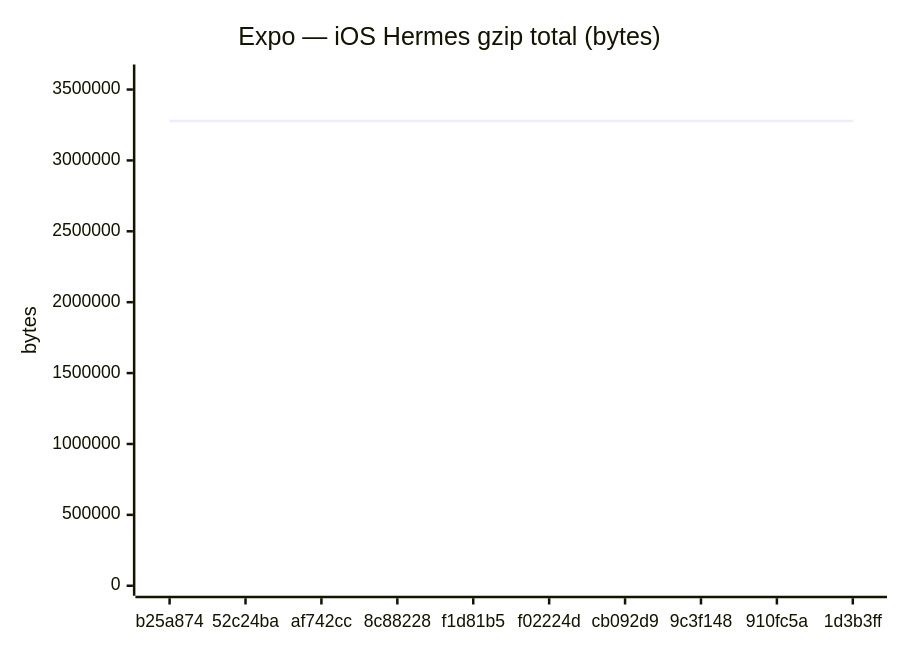
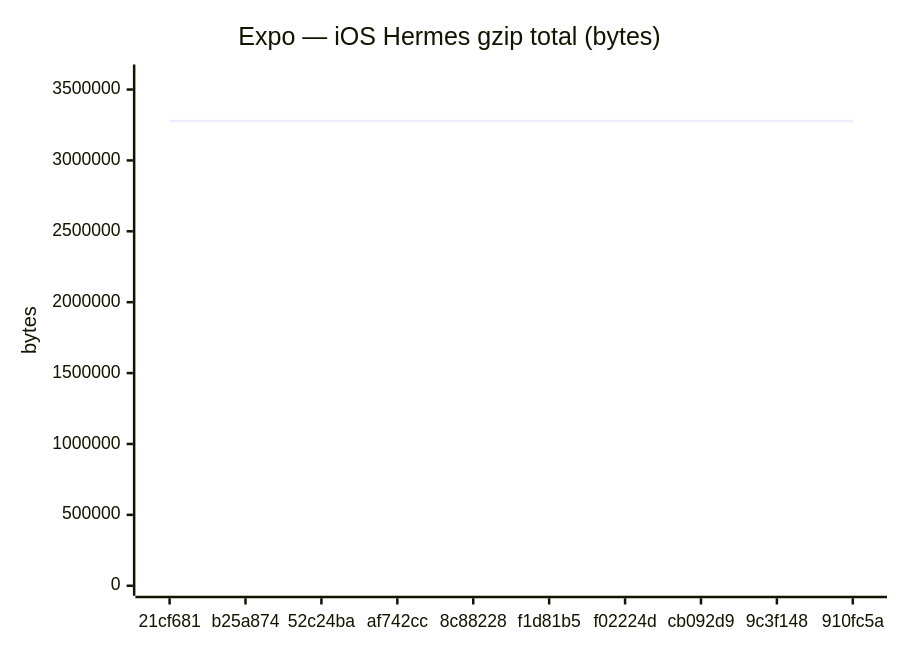
One commit to Metaheurist/Rianell changed the sixth of 18 diagrams in benchmarks/compare.md. Above: the diagram before and after it, drawn with Mermaid. The commit also changed other lines of this file and 11 other files, not shown here.

````diff
--- a/benchmarks/compare.md
+++ b/benchmarks/compare.md
@@ -96,7 +96,7 @@
 ```mermaid
 xychart-beta
     title "Expo — iOS Hermes gzip total (bytes)"
-    x-axis ["b25a874", "52c24ba", "af742cc", "8c88228", "f1d81b5", "f02224d", "cb092d9", "9c3f148", "910fc5a", "1d3b3ff"]
+    x-axis ["21cf681", "b25a874", "52c24ba", "af742cc", "8c88228", "f1d81b5", "f02224d", "cb092d9", "9c3f148", "910fc5a"]
     y-axis "bytes" 0 --> 3606021
-    line [3278199, 3278191, 3278197, 3277689, 3278200, 3278200, 3278198, 3278199, 3277688, 3278198]
+    line [3278198, 3278199, 3278191, 3278197, 3277689, 3278200, 3278200, 3278198, 3278199, 3277688]
 ```
````
